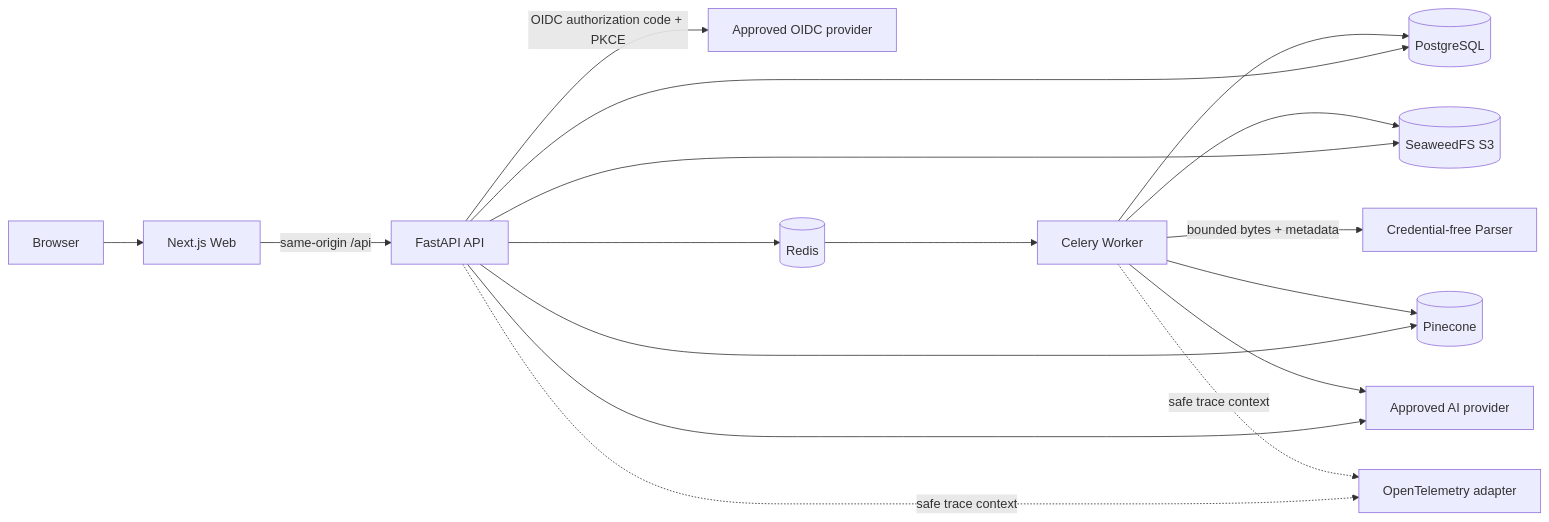
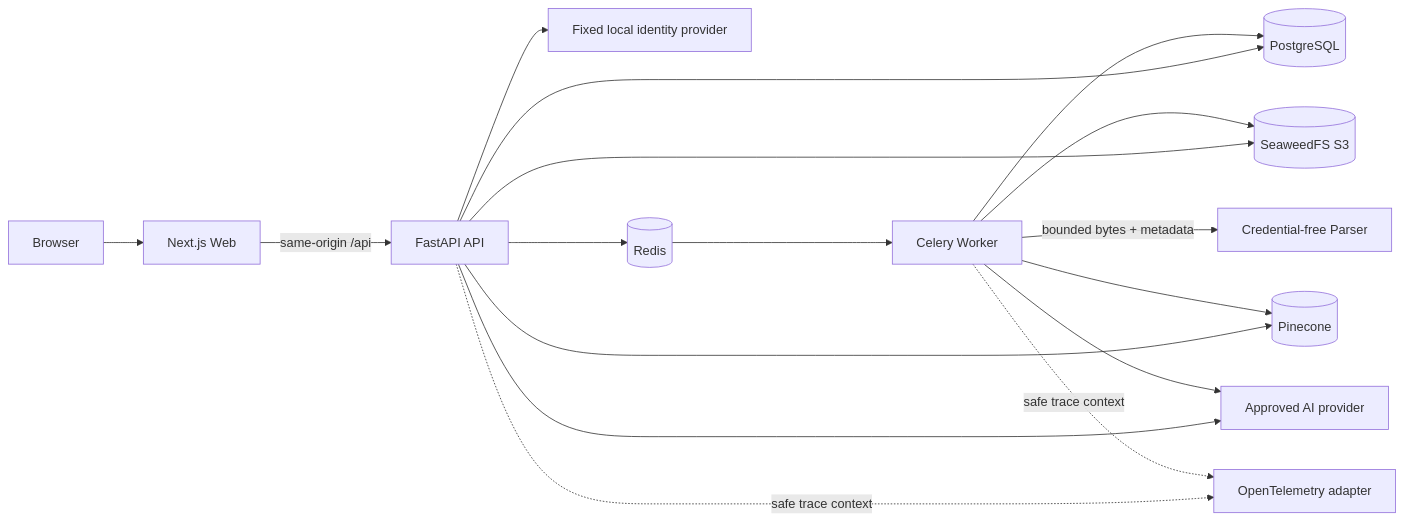
One commit to rnkraus/investment-research changed the first of 4 diagrams in docs/10-m1-implementation-plan.md. Above: the diagram before and after it, drawn with Mermaid. The commit also changed other lines of this file and 9 other files, not shown here.

````diff
--- a/docs/10-m1-implementation-plan.md
+++ b/docs/10-m1-implementation-plan.md
@@ -92,22 +92,22 @@
 ```mermaid
 flowchart LR
     B[Browser] --> W[Next.js Web]
     W -->|same-origin /api| A[FastAPI API]
-    A -->|OIDC authorization code + PKCE| IDP[Approved OIDC provider]
+    A --> I[Fixed local identity provider]
 
     A --> PG[(PostgreSQL)]
     A --> R[(Redis)]
     A --> S3[(SeaweedFS S3)]
     A --> P[(Pinecone)]
     A --> AI[Approved AI provider]
 
     R --> C[Celery Worker]
     C --> PG
     C --> S3
     C --> P
     C --> AI
     C -->|bounded bytes + metadata| X[Credential-free Parser]
 
     A -. safe trace context .-> OT[OpenTelemetry adapter]
     C -. safe trace context .-> OT
 ```
````
